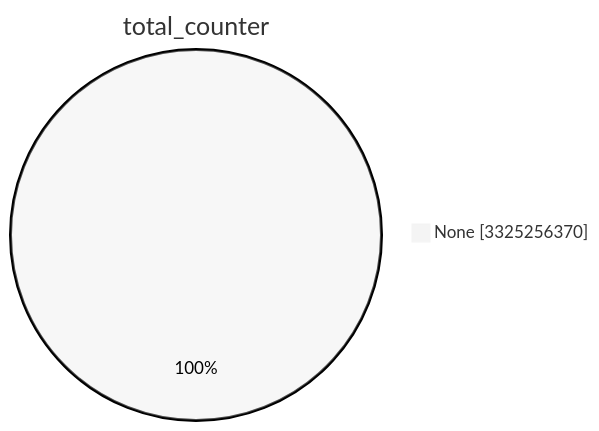
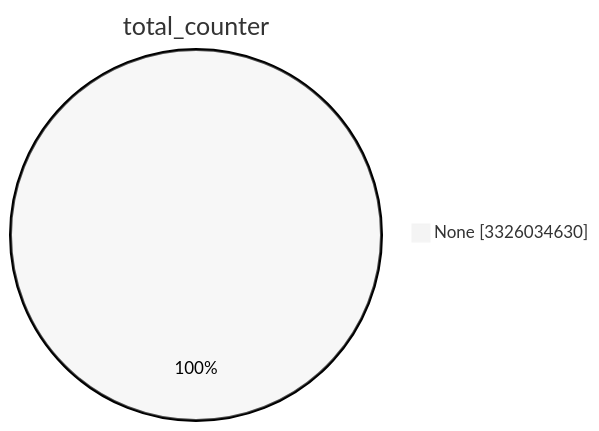
The first of 15 diagrams in TOTAL/README.md (christiankrug/ctmonitor_visualization), drawn with Mermaid (neutral theme) before and after one commit. The commit also changed other lines of this file, not shown here.

````diff
--- a/TOTAL/README.md
+++ b/TOTAL/README.md
@@ -1,5 +1,5 @@
 ```mermaid
 pie showData
 title total_counter
-"None" :3325256370
+"None" :3326034630
 ```
````
